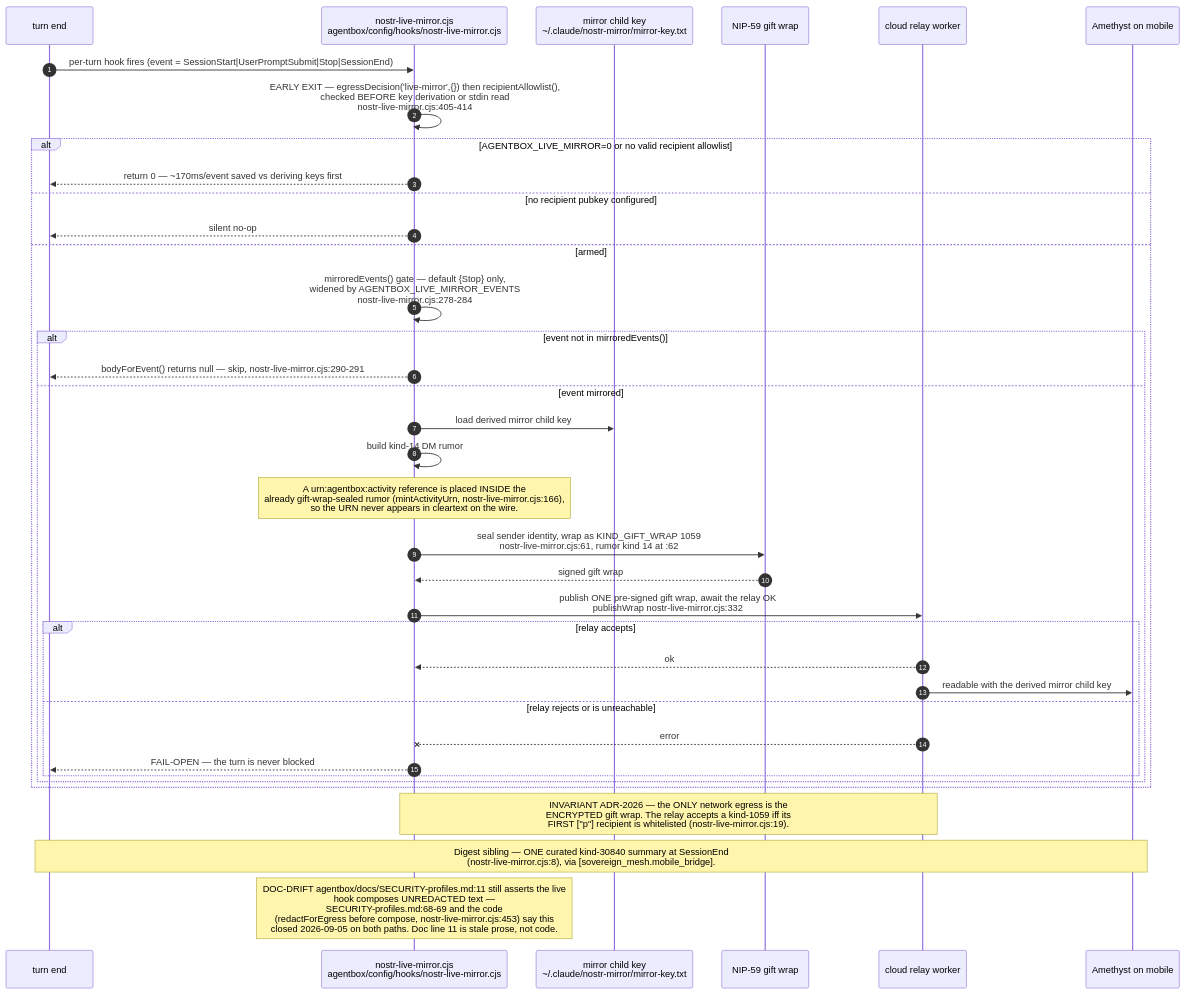
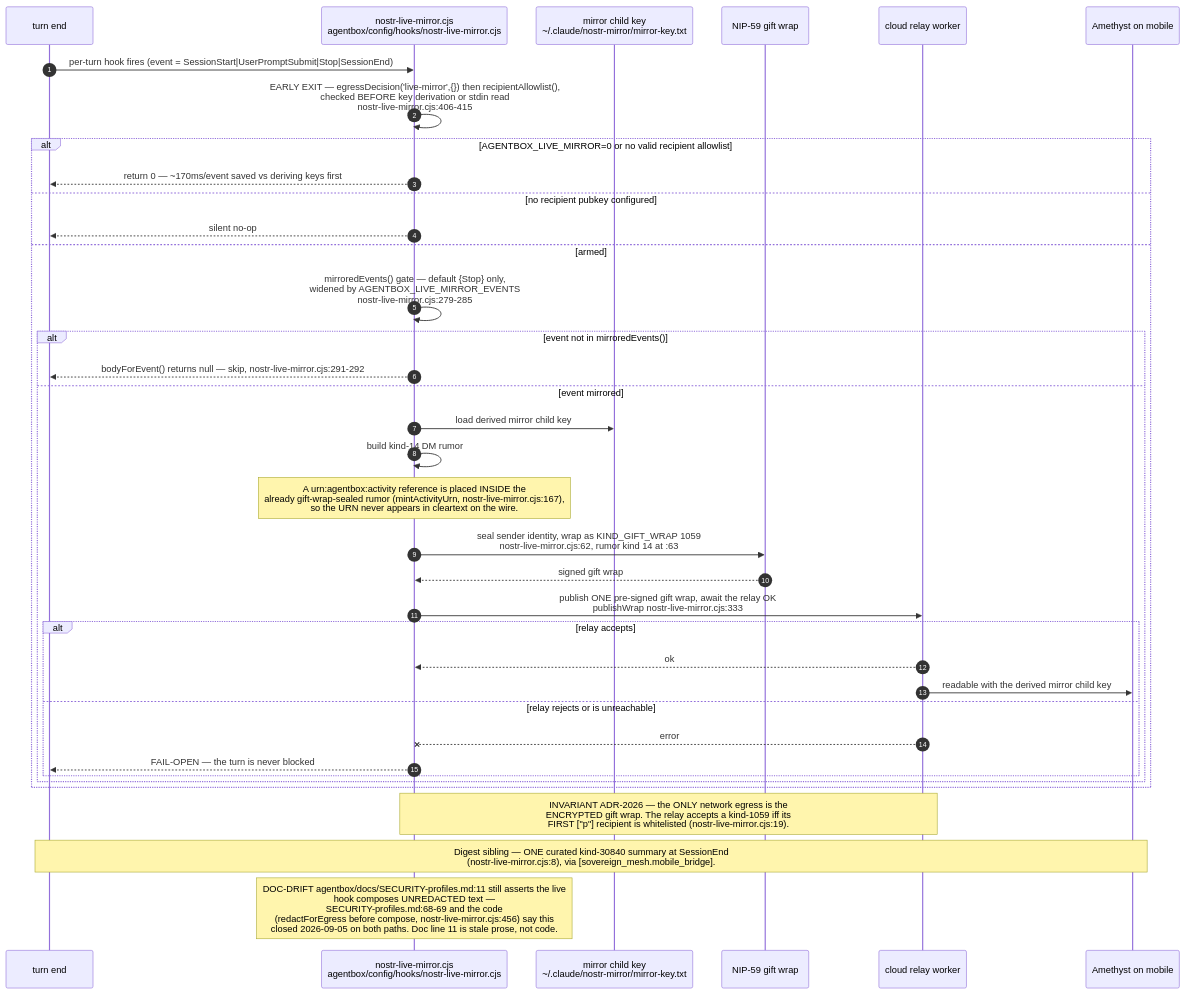
Before and after one commit to DreamLab-AI/VisionFlow: the fifth of 6 diagrams in docs/diagrams/estate/04-identity-mesh-did-nostr.md, drawn with Mermaid. The commit also changed other lines of this file and 49 other files, not shown here.

First line of the commit message:
docs(diagrams): re-derive and re-stamp VisionClaw, estate, knowledge-graph, visionGraph, VisionFlow and sidestr topics

````diff
--- a/docs/diagrams/estate/04-identity-mesh-did-nostr.md
+++ b/docs/diagrams/estate/04-identity-mesh-did-nostr.md
@@ -228,40 +228,40 @@
 ```mermaid
 sequenceDiagram
     autonumber
     participant T as turn end
     participant HK as nostr-live-mirror.cjs<br/>agentbox/config/hooks/nostr-live-mirror.cjs
     participant MK as mirror child key<br/>~/.claude/nostr-mirror/mirror-key.txt
     participant W as NIP-59 gift wrap
     participant REL as cloud relay worker
     participant AM as Amethyst on mobile
 
     T->>HK: per-turn hook fires (event = SessionStart|UserPromptSubmit|Stop|SessionEnd)
-    HK->>HK: EARLY EXIT — egressDecision('live-mirror',{}) then recipientAllowlist(),<br/>checked BEFORE key derivation or stdin read<br/>nostr-live-mirror.cjs:405-414
+    HK->>HK: EARLY EXIT — egressDecision('live-mirror',{}) then recipientAllowlist(),<br/>checked BEFORE key derivation or stdin read<br/>nostr-live-mirror.cjs:406-415
     alt AGENTBOX_LIVE_MIRROR=0 or no valid recipient allowlist
         HK-->>T: return 0 — ~170ms/event saved vs deriving keys first
     else no recipient pubkey configured
         HK-->>T: silent no-op
     else armed
-        HK->>HK: mirroredEvents() gate — default {Stop} only,<br/>widened by AGENTBOX_LIVE_MIRROR_EVENTS<br/>nostr-live-mirror.cjs:278-284
+        HK->>HK: mirroredEvents() gate — default {Stop} only,<br/>widened by AGENTBOX_LIVE_MIRROR_EVENTS<br/>nostr-live-mirror.cjs:279-285
         alt event not in mirroredEvents()
-            HK-->>T: bodyForEvent() returns null — skip, nostr-live-mirror.cjs:290-291
+            HK-->>T: bodyForEvent() returns null — skip, nostr-live-mirror.cjs:291-292
         else event mirrored
             HK->>MK: load derived mirror child key
             HK->>HK: build kind-14 DM rumor
-            Note over HK: A urn:agentbox:activity reference is placed INSIDE the<br/>already gift-wrap-sealed rumor (mintActivityUrn, nostr-live-mirror.cjs:166),<br/>so the URN never appears in cleartext on the wire.
-            HK->>W: seal sender identity, wrap as KIND_GIFT_WRAP 1059<br/>nostr-live-mirror.cjs:61, rumor kind 14 at :62
+            Note over HK: A urn:agentbox:activity reference is placed INSIDE the<br/>already gift-wrap-sealed rumor (mintActivityUrn, nostr-live-mirror.cjs:167),<br/>so the URN never appears in cleartext on the wire.
+            HK->>W: seal sender identity, wrap as KIND_GIFT_WRAP 1059<br/>nostr-live-mirror.cjs:62, rumor kind 14 at :63
             W-->>HK: signed gift wrap
-            HK->>REL: publish ONE pre-signed gift wrap, await the relay OK<br/>publishWrap nostr-live-mirror.cjs:332
+            HK->>REL: publish ONE pre-signed gift wrap, await the relay OK<br/>publishWrap nostr-live-mirror.cjs:333
             alt relay accepts
                 REL-->>HK: ok
                 REL->>AM: readable with the derived mirror child key
             else relay rejects or is unreachable
                 REL--xHK: error
                 HK-->>T: FAIL-OPEN — the turn is never blocked
             end
         end
     end
     Note over HK,REL: INVARIANT ADR-2026 — the ONLY network egress is the<br/>ENCRYPTED gift wrap. The relay accepts a kind-1059 iff its<br/>FIRST ["p"] recipient is whitelisted (nostr-live-mirror.cjs:19).
     Note over T,AM: Digest sibling — ONE curated kind-30840 summary at SessionEnd<br/>(nostr-live-mirror.cjs:8), via [sovereign_mesh.mobile_bridge].
-    Note over HK: DOC-DRIFT agentbox/docs/SECURITY-profiles.md:11 still asserts the live<br/>hook composes UNREDACTED text —<br/>SECURITY-profiles.md:68-69 and the code<br/>(redactForEgress before compose, nostr-live-mirror.cjs:453) say this<br/>closed 2026-09-05 on both paths. Doc line 11 is stale prose, not code.
+    Note over HK: DOC-DRIFT agentbox/docs/SECURITY-profiles.md:11 still asserts the live<br/>hook composes UNREDACTED text —<br/>SECURITY-profiles.md:68-69 and the code<br/>(redactForEgress before compose, nostr-live-mirror.cjs:456) say this<br/>closed 2026-09-05 on both paths. Doc line 11 is stale prose, not code.
 ```
````
